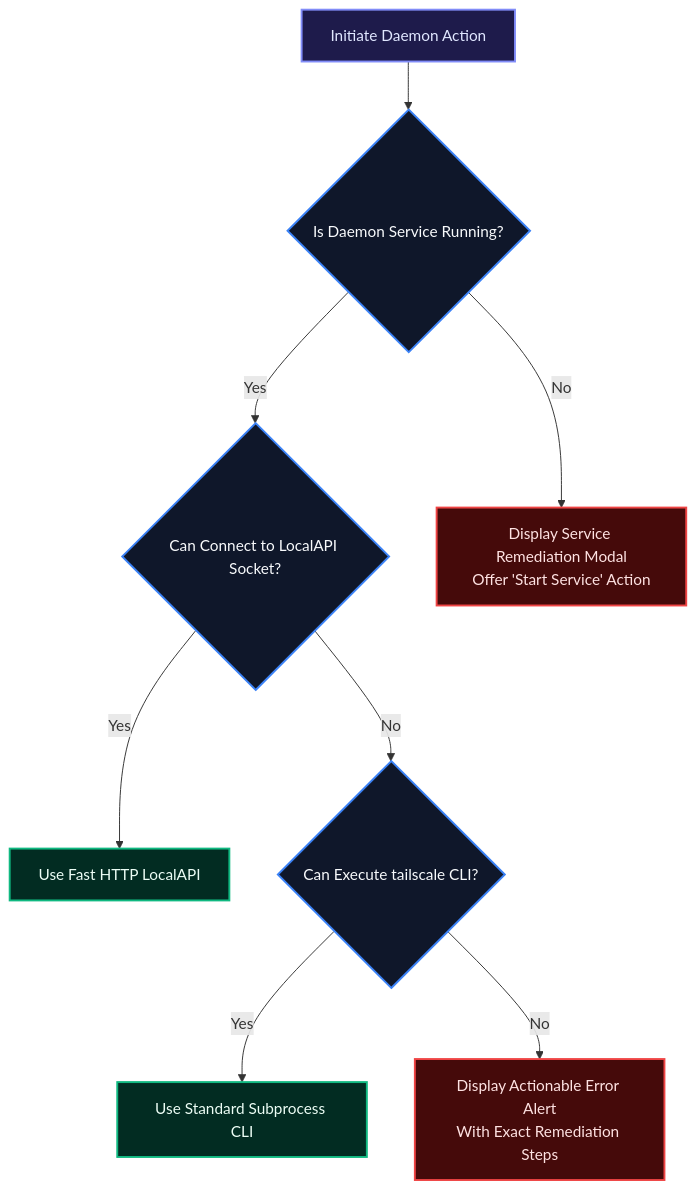
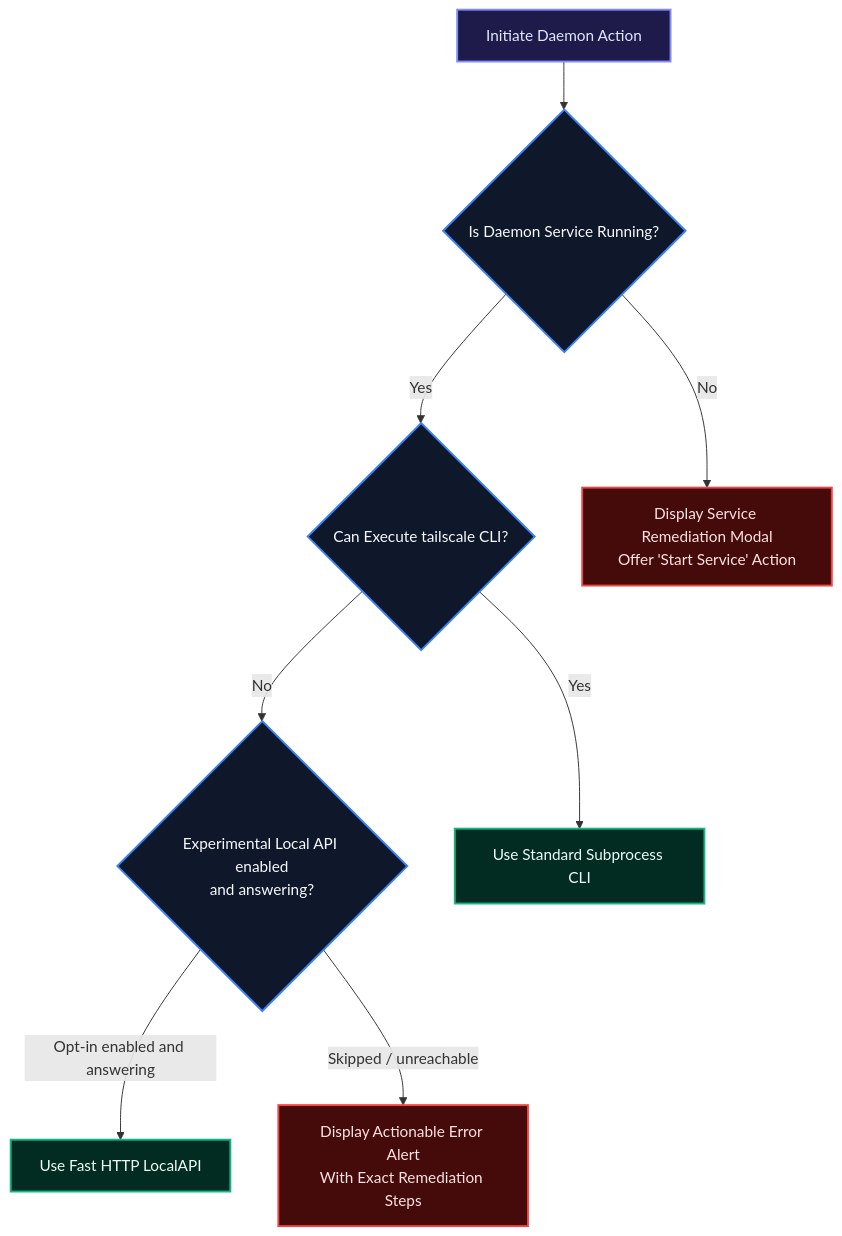
One commit to Arean82/Tailscale-Headscale-Client changed the fourth of 4 diagrams in Docs/ARCHITECTURE_MASTER.md. Above: the diagram before and after it, drawn with Mermaid. The commit also changed other lines of this file and 51 other files, not shown here.

````diff
--- a/Docs/ARCHITECTURE_MASTER.md
+++ b/Docs/ARCHITECTURE_MASTER.md
@@ -243,24 +248,24 @@
 ```mermaid
 flowchart TD
     classDef start fill:#1e1b4b,stroke:#818cf8,stroke-width:2px,color:#e0e7ff;
     classDef decision fill:#0f172a,stroke:#3b82f6,stroke-width:2px,color:#f8fafc;
     classDef ok fill:#022c22,stroke:#10b981,stroke-width:2px,color:#ecfdf5;
     classDef err fill:#450a0a,stroke:#ef4444,stroke-width:2px,color:#fee2e2;
 
     Start["Initiate Daemon Action"]:::start
     Check{"Is Daemon Service Running?"}:::decision
-    TrySocket{"Can Connect to LocalAPI Socket?"}:::decision
+    TrySocket{"Experimental Local API enabled<br>and answering?"}:::decision
     UseSocket["Use Fast HTTP LocalAPI"]:::ok
     TryCLI{"Can Execute tailscale CLI?"}:::decision
     UseCLI["Use Standard Subprocess CLI"]:::ok
     PromptStart["Display Service Remediation Modal<br>Offer 'Start Service' Action"]:::err
     FailAlert["Display Actionable Error Alert<br>With Exact Remediation Steps"]:::err
 
     Start --> Check
-    Check -- Yes --> TrySocket
     Check -- No --> PromptStart
-    TrySocket -- Yes --> UseSocket
-    TrySocket -- No --> TryCLI
+    Check -- Yes --> TryCLI
     TryCLI -- Yes --> UseCLI
-    TryCLI -- No --> FailAlert
+    TryCLI -- No --> TrySocket
+    TrySocket -- "Opt-in enabled and answering" --> UseSocket
+    TrySocket -- "Skipped / unreachable" --> FailAlert
 ```
````
